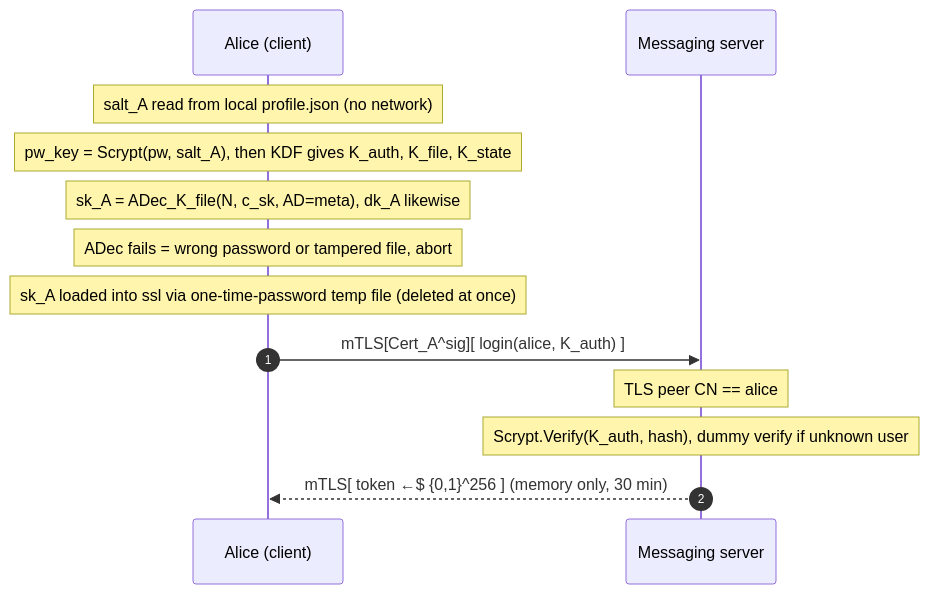
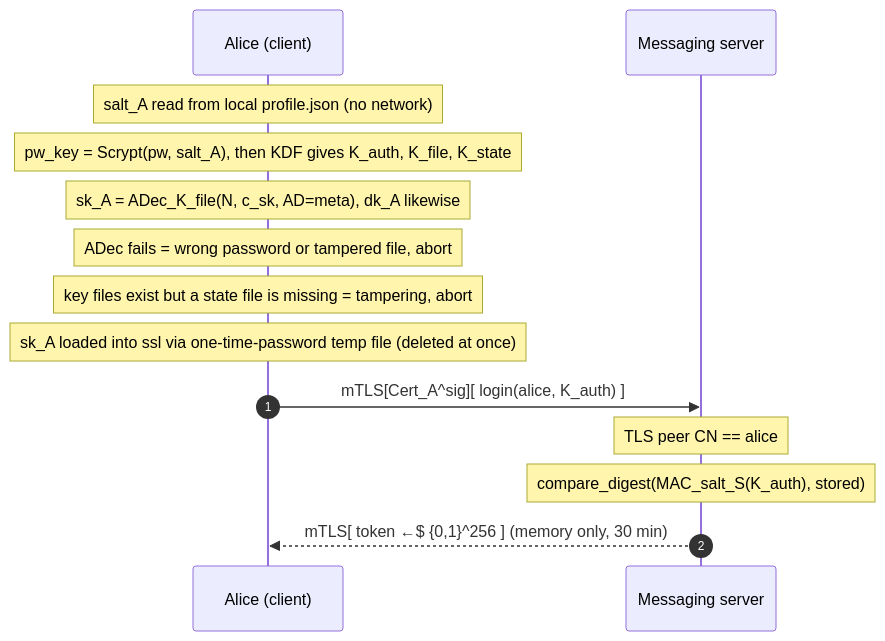
Before and after one commit to darthrevan030/ping-secure-messenger: the fourth of 5 diagrams in plan.md, drawn with Mermaid. The commit also changed other lines of this file, not shown here.

````diff
--- a/plan.md
+++ b/plan.md
@@ -149,15 +172,16 @@
 ```mermaid
 sequenceDiagram
   autonumber
   participant A as Alice (client)
   participant S as Messaging server
   Note over A: salt_A read from local profile.json (no network)
   Note over A: pw_key = Scrypt(pw, salt_A), then KDF gives K_auth, K_file, K_state
   Note over A: sk_A = ADec_K_file(N, c_sk, AD=meta), dk_A likewise
   Note over A: ADec fails = wrong password or tampered file, abort
+  Note over A: key files exist but a state file is missing = tampering, abort
   Note over A: sk_A loaded into ssl via one-time-password temp file (deleted at once)
   A->>S: mTLS[Cert_A^sig][ login(alice, K_auth) ]
   Note over S: TLS peer CN == alice
-  Note over S: Scrypt.Verify(K_auth, hash), dummy verify if unknown user
+  Note over S: compare_digest(MAC_salt_S(K_auth), stored)
   S-->>A: mTLS[ token ←$ {0,1}^256 ]  (memory only, 30 min)
 ```
````
